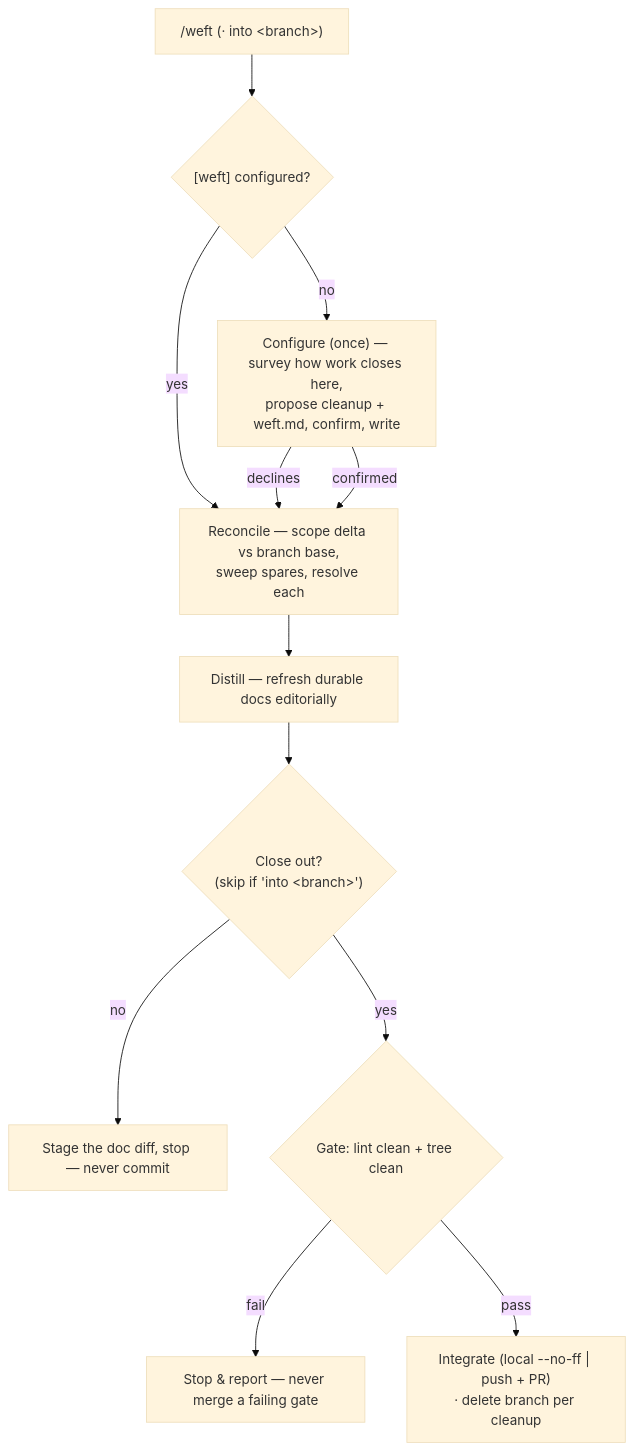
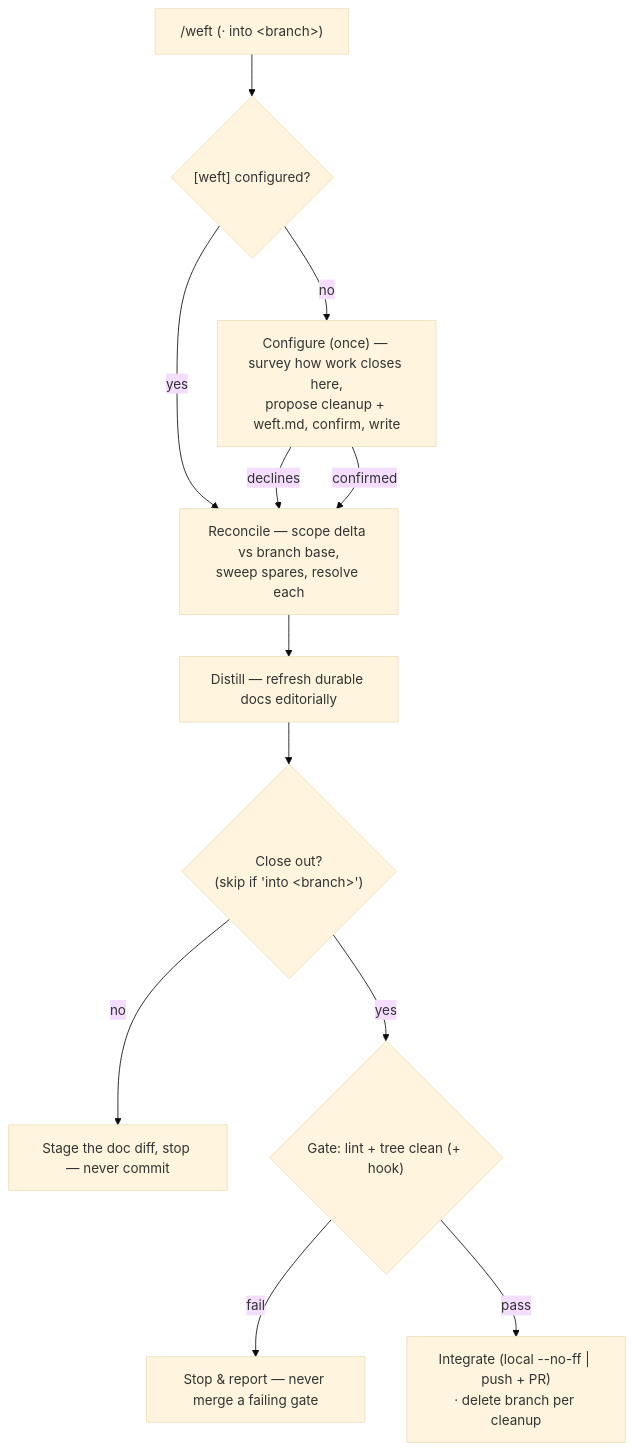
One commit to ZPerrin/loom changed the diagram in skills/weft/SKILL.md. Above: the diagram before and after it, drawn with Mermaid (base theme). The commit also changed other lines of this file, not shown here.

Commit message:
docs(weft): layer the optional gate hook onto the close-out gate

````diff
--- a/skills/weft/SKILL.md
+++ b/skills/weft/SKILL.md
@@ -23,14 +23,14 @@
 ```mermaid
 flowchart TD
     inv["/weft  (· into &lt;branch&gt;)"] --> cfg{"[weft] configured?"}
     cfg -->|no| conf["Configure (once) — survey how work closes here,<br/>propose cleanup + weft.md, confirm, write"]
     cfg -->|yes| recon["Reconcile — scope delta vs branch base,<br/>sweep spares, resolve each"]
     conf -->|declines| recon
     conf -->|confirmed| recon
     recon --> distill["Distill — refresh durable docs editorially"]
     distill --> ask{"Close out?<br/>(skip if 'into &lt;branch&gt;')"}
     ask -->|no| stop["Stage the doc diff, stop — never commit"]
-    ask -->|yes| gate{"Gate: lint clean + tree clean"}
+    ask -->|yes| gate{"Gate: lint + tree clean (+ hook)"}
     gate -->|fail| stop2["Stop &amp; report — never merge a failing gate"]
     gate -->|pass| close["Integrate (local --no-ff | push + PR)<br/>· delete branch per cleanup"]
 ```
````
